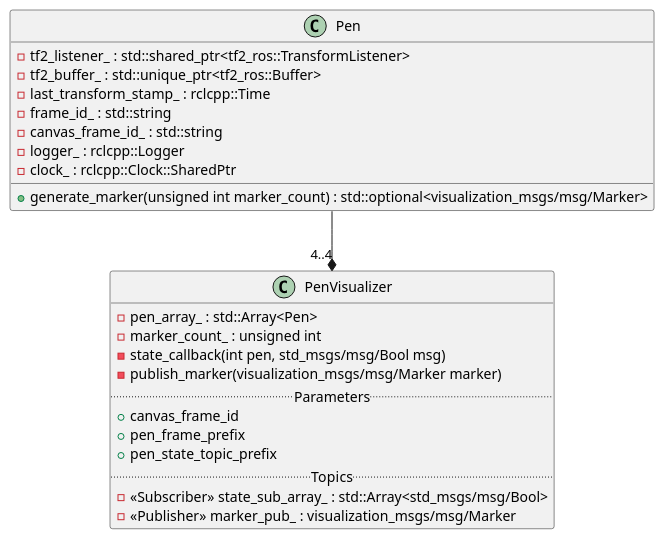
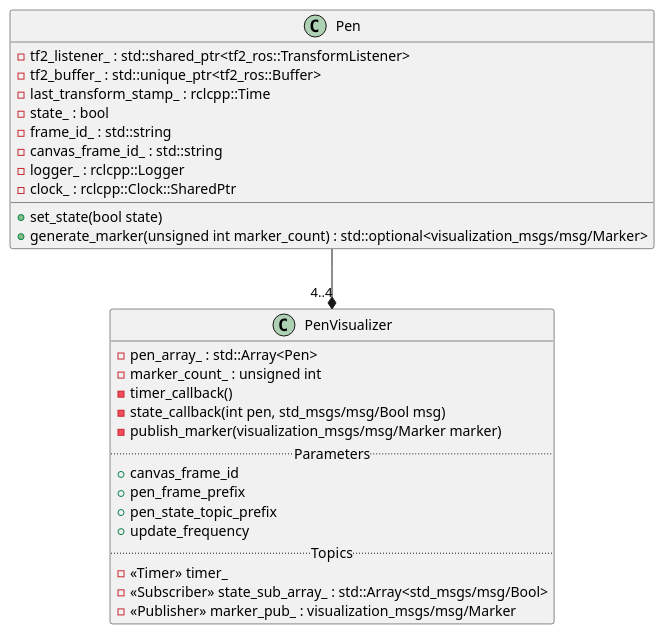
One commit to zbrotherton/RRC-RAI-ROS2 changed the first of 2 diagrams in docs/puml/pen_visualizer.puml. Above: the diagram before and after it, drawn with PlantUML. The commit also changed other lines of this file and 5 other files, not shown here.

```diff
--- a/docs/puml/pen_visualizer.puml
+++ b/docs/puml/pen_visualizer.puml
@@ -1,29 +1,34 @@
 @startuml PenVisualizerClass
 
 class Pen{
     -tf2_listener_ : std::shared_ptr<tf2_ros::TransformListener>
     -tf2_buffer_ : std::unique_ptr<tf2_ros::Buffer>
     -last_transform_stamp_ : rclcpp::Time 
+    -state_ : bool
     -frame_id_ : std::string
     -canvas_frame_id_ : std::string
     -logger_ : rclcpp::Logger
     -clock_ : rclcpp::Clock::SharedPtr
+    +set_state(bool state)
     +generate_marker(unsigned int marker_count) : std::optional<visualization_msgs/msg/Marker>
 }
 
 class PenVisualizer{
     -pen_array_ : std::Array<Pen>
     -marker_count_ : unsigned int
+    -timer_callback()
     -state_callback(int pen, std_msgs/msg/Bool msg)
     -publish_marker(visualization_msgs/msg/Marker marker)
     .. Parameters ..
     +canvas_frame_id
     +pen_frame_prefix
     +pen_state_topic_prefix
+    +update_frequency
     .. Topics ..
+    -<<Timer>> timer_
     -<<Subscriber>> state_sub_array_ : std::Array<std_msgs/msg/Bool>
     -<<Publisher>> marker_pub_ : visualization_msgs/msg/Marker
 }
 
 Pen --* "4..4" PenVisualizer
 @enduml
```
